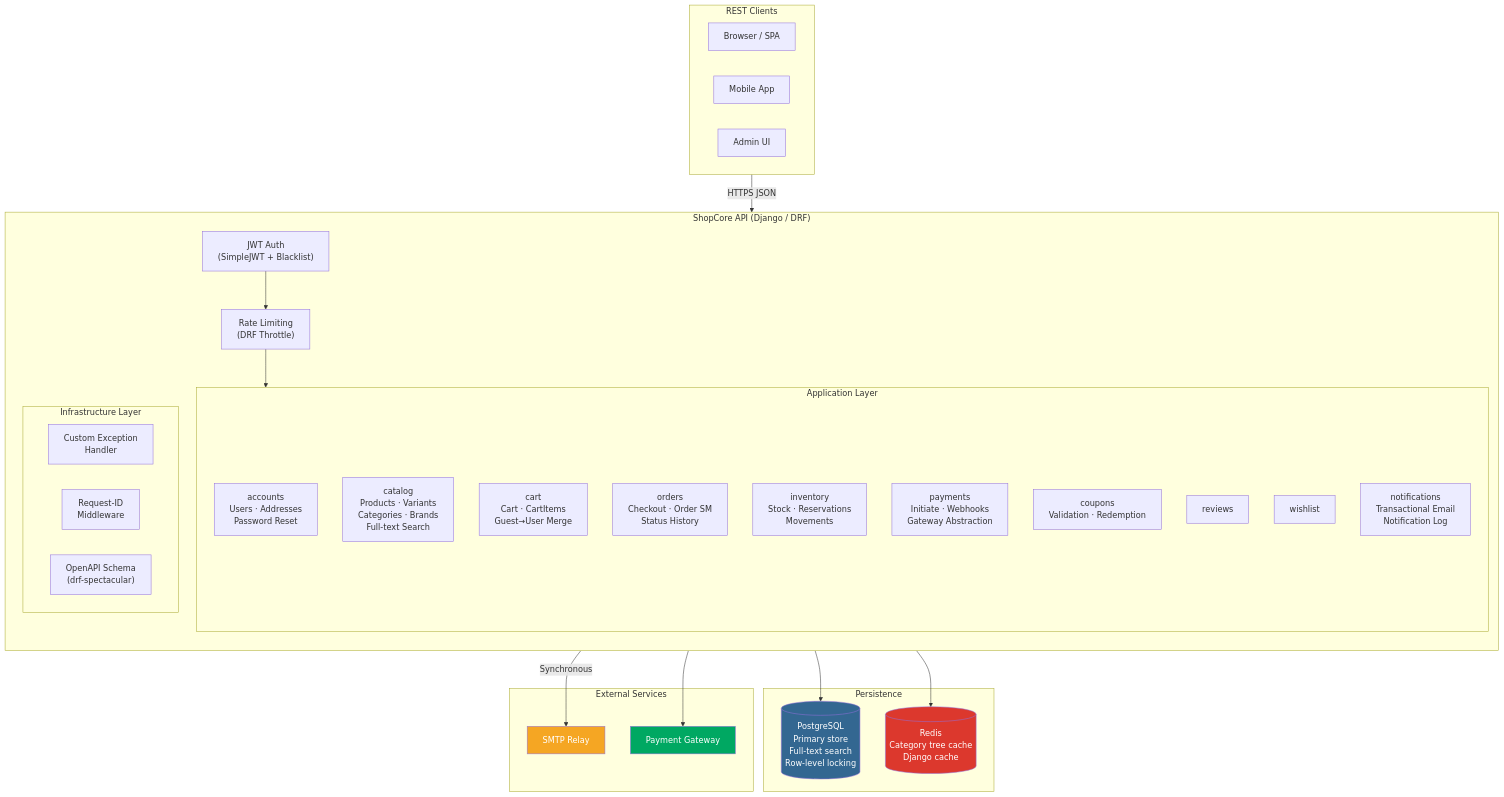
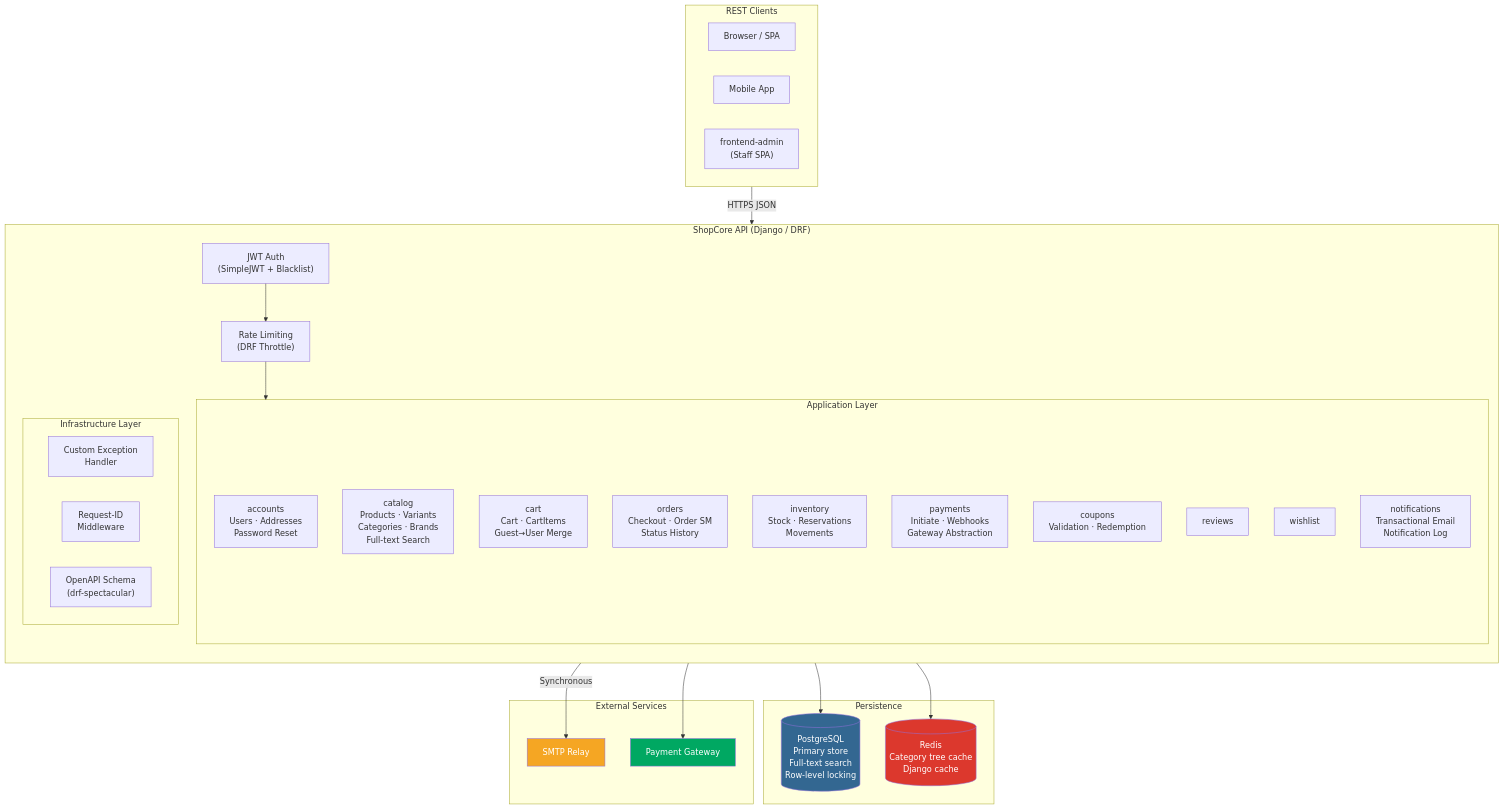
One commit to Badhon010/Shopcore changed the second of 7 diagrams in docs/ARCHITECTURE.md. Above: the diagram before and after it, drawn with Mermaid. The commit also changed other lines of this file and 156 other files, not shown here.

````diff
--- a/docs/ARCHITECTURE.md
+++ b/docs/ARCHITECTURE.md
@@ -30,56 +32,56 @@
 ```mermaid
 flowchart TB
     subgraph Client["REST Clients"]
         Browser["Browser / SPA"]
         Mobile["Mobile App"]
-        Admin["Admin UI"]
+        Admin["frontend-admin\n(Staff SPA)"]
     end
 
     subgraph API["ShopCore API (Django / DRF)"]
         direction TB
         Auth["JWT Auth\n(SimpleJWT + Blacklist)"]
         Throttle["Rate Limiting\n(DRF Throttle)"]
 
         subgraph Apps["Application Layer"]
             Accounts["accounts\nUsers · Addresses\nPassword Reset"]
             Catalog["catalog\nProducts · Variants\nCategories · Brands\nFull-text Search"]
             Cart["cart\nCart · CartItems\nGuest→User Merge"]
             Orders["orders\nCheckout · Order SM\nStatus History"]
             Inventory["inventory\nStock · Reservations\nMovements"]
             Payments["payments\nInitiate · Webhooks\nGateway Abstraction"]
             Coupons["coupons\nValidation · Redemption"]
             Reviews["reviews"]
             Wishlist["wishlist"]
             Notifications["notifications\nTransactional Email\nNotification Log"]
         end
 
         subgraph Infra["Infrastructure Layer"]
             ExcHandler["Custom Exception\nHandler"]
             ReqId["Request-ID\nMiddleware"]
             Schema["OpenAPI Schema\n(drf-spectacular)"]
         end
     end
 
     subgraph Storage["Persistence"]
         PG[("PostgreSQL\nPrimary store\nFull-text search\nRow-level locking")]
         Redis[("Redis\nCategory tree cache\nDjango cache")]
     end
 
     subgraph External["External Services"]
         SMTP["SMTP Relay"]
         Gateway["Payment Gateway"]
     end
 
     Client -->|HTTPS JSON| Auth
     Auth --> Throttle
     Throttle --> Apps
     Apps --> PG
     Apps --> Redis
     Notifications -->|Synchronous| SMTP
     Payments --> Gateway
 
     style PG fill:#336791,color:#fff
     style Redis fill:#dc382d,color:#fff
     style SMTP fill:#f5a623,color:#fff
     style Gateway fill:#00a862,color:#fff
 ```
````
